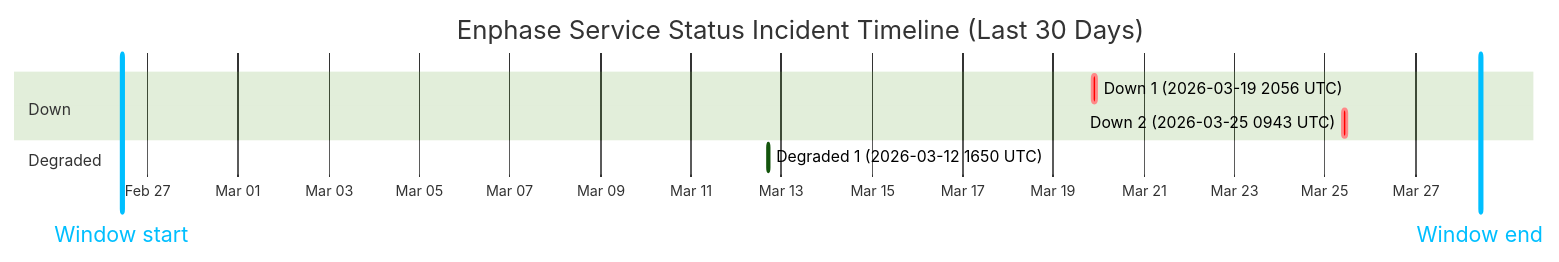
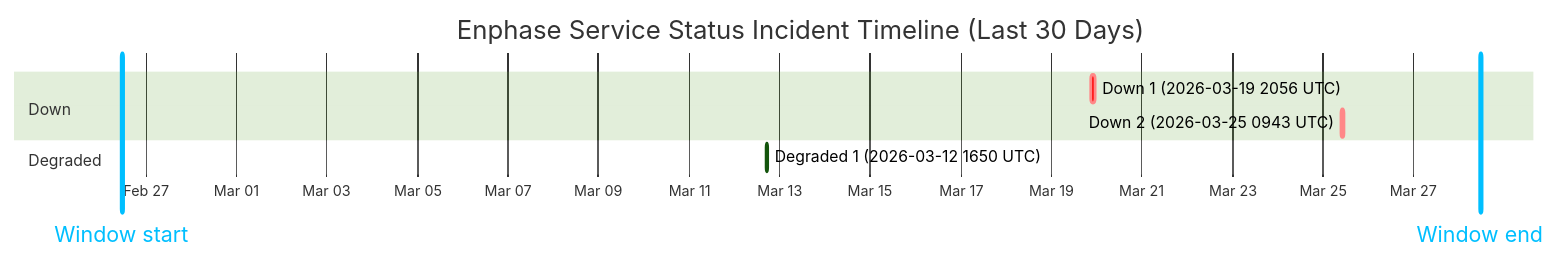
Before and after one commit to barneyonline/ha-enphase-ev-charger: the diagram in wiki/Service-Status-History.md, drawn with Mermaid (forest theme). The commit also changed other lines of this file and 3 other files, not shown here.

````diff
--- a/wiki/Service-Status-History.md
+++ b/wiki/Service-Status-History.md
@@ -14,13 +14,13 @@
 ```mermaid
 gantt
     title Enphase Service Status Incident Timeline (Last 30 Days)
     dateFormat  YYYY-MM-DDTHH:mm:ss
     axisFormat  %b %d
-    Window start :vert, window-start, 2026-02-26T10:22:59, 0ms
-    Window end :vert, window-end, 2026-03-28T10:22:59, 0ms
+    Window start :vert, window-start, 2026-02-26T11:20:44, 0ms
+    Window end :vert, window-end, 2026-03-28T11:20:44, 0ms
     section Down
     Down 1 (2026-03-19 2056 UTC) :crit, down-1, 2026-03-19T20:56:20, 145m
     Down 2 (2026-03-25 0943 UTC) :crit, down-2, 2026-03-25T09:43:28, 111m
     section Degraded
     Degraded 1 (2026-03-12 1650 UTC) :active, degraded-1, 2026-03-12T16:50:43, 60m
 ```
````
